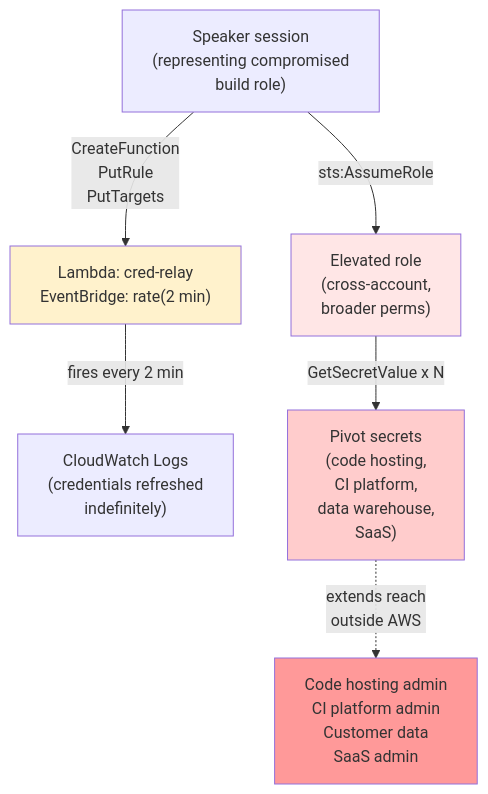
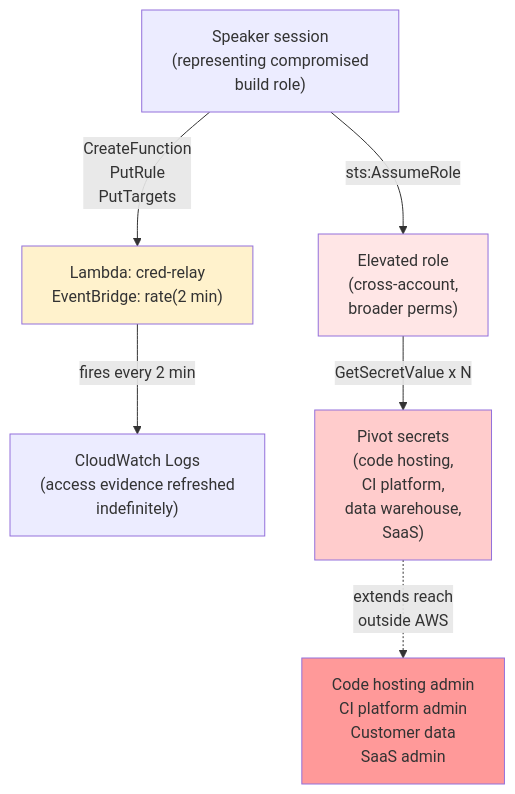
One commit to x90skysn3k/rtv-cicd-attack-chain changed the second of 3 diagrams in handout/architecture.md. Above: the diagram before and after it, drawn with Mermaid. The commit also changed 7 other files, not shown here.

````diff
--- a/handout/architecture.md
+++ b/handout/architecture.md
@@ -35,13 +35,13 @@
 ```mermaid
 flowchart TD
     A["Speaker session<br/>(representing compromised<br/>build role)"] -->|"CreateFunction<br/>PutRule<br/>PutTargets"| B["Lambda: cred-relay<br/>EventBridge: rate(2 min)"]
-    B -->|"fires every 2 min"| C["CloudWatch Logs<br/>(credentials refreshed<br/>indefinitely)"]
+    B -->|"fires every 2 min"| C["CloudWatch Logs<br/>(access evidence refreshed<br/>indefinitely)"]
     A -->|"sts:AssumeRole"| D["Elevated role<br/>(cross-account,<br/>broader perms)"]
     D -->|"GetSecretValue x N"| E["Pivot secrets<br/>(code hosting,<br/>CI platform,<br/>data warehouse,<br/>SaaS)"]
     E -.->|"extends reach<br/>outside AWS"| F["Code hosting admin<br/>CI platform admin<br/>Customer data<br/>SaaS admin"]
 
     style B fill:#fff2cc
     style D fill:#ffe6e6
     style E fill:#ffcccc
     style F fill:#ff9999
 ```
````
